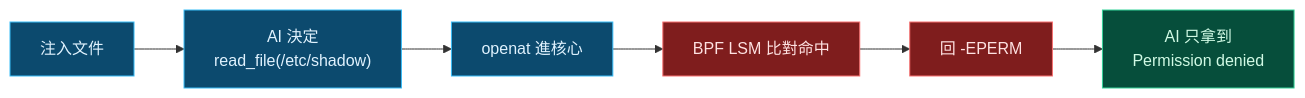
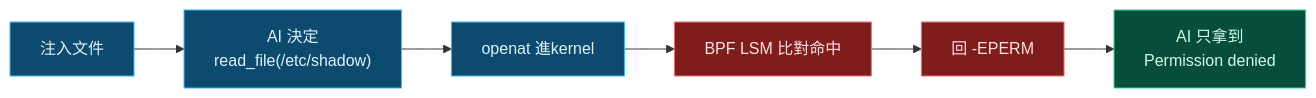
One commit to junlinwk/agent-sentinel changed the fourth of 4 diagrams in report.md. Above: the diagram before and after it, drawn with Mermaid. The commit also changed other lines of this file, not shown here.

````diff
--- a/report.md
+++ b/report.md
@@ -278,11 +278,11 @@
 ```mermaid {scale: 0.6}
 flowchart LR
   A["注入文件"]:::n --> B["AI 決定<br/>read_file(/etc/shadow)"]:::n
-  B --> C["openat 進核心"]:::n
+  B --> C["openat 進kernel"]:::n
   C --> D["BPF LSM 比對命中"]:::r
   D --> E["回 -EPERM"]:::r
   E --> F["AI 只拿到<br/>Permission denied"]:::g
   classDef n fill:#0c4a6e,stroke:#38bdf8,color:#e0f2fe;
   classDef r fill:#7f1d1d,stroke:#f87171,color:#fee2e2;
   classDef g fill:#064e3b,stroke:#34d399,color:#d1fae5;
 ```
````
